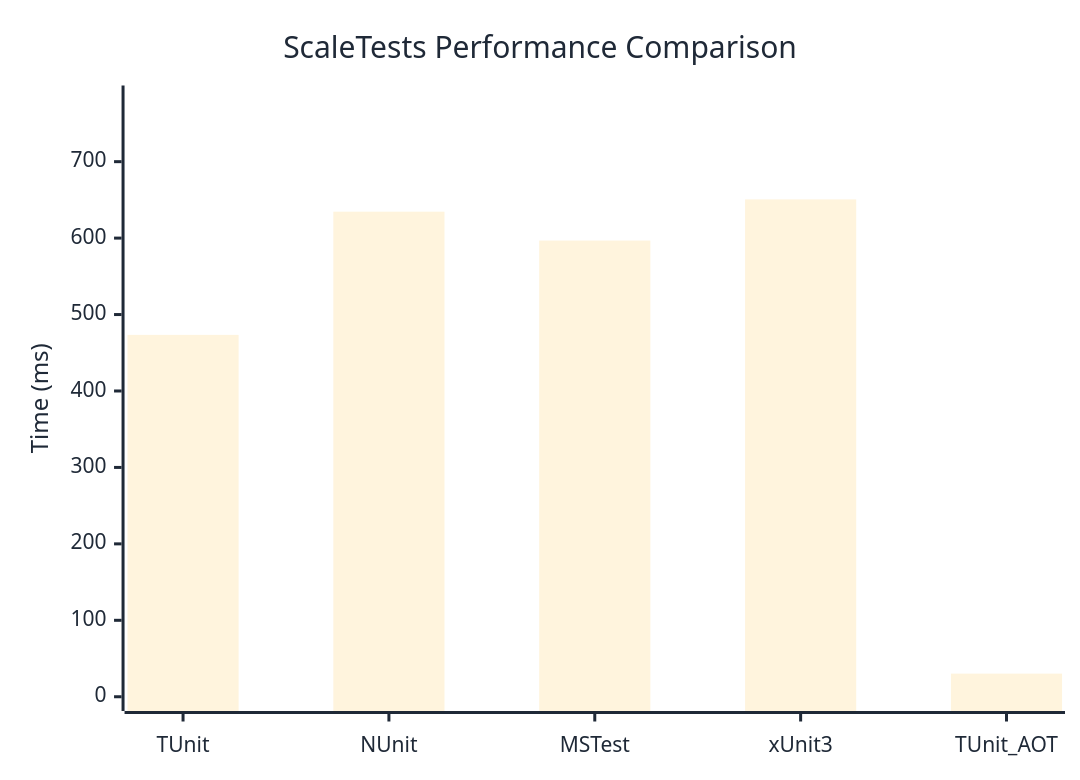
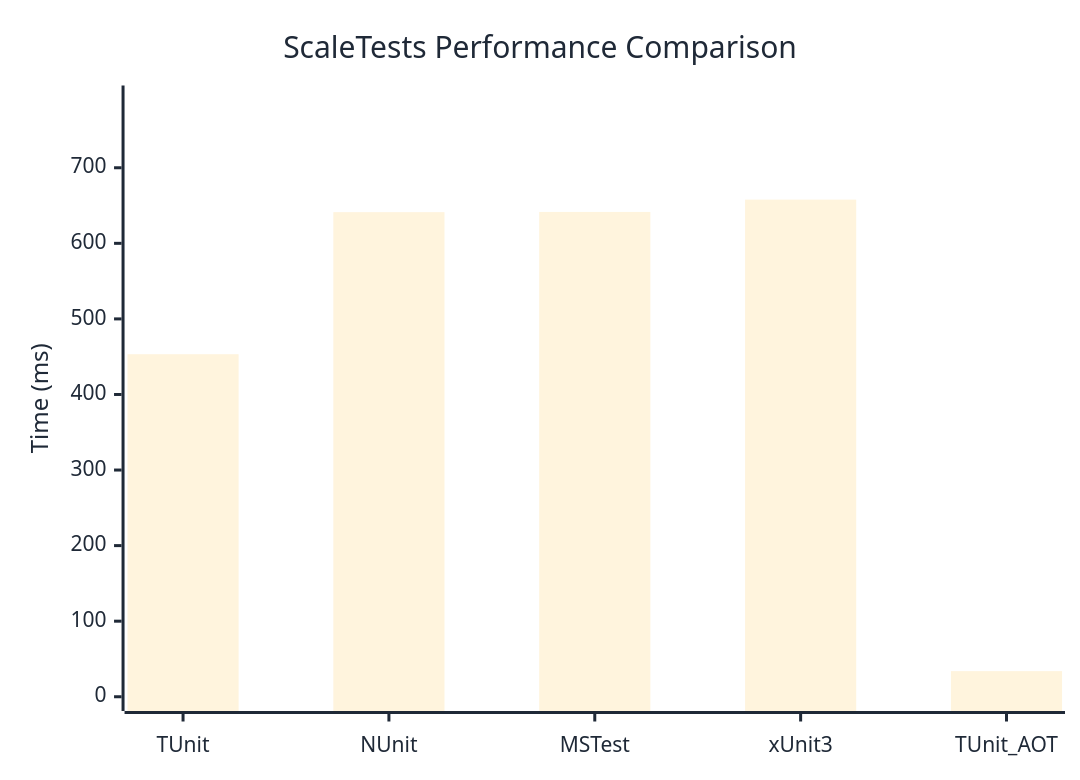
Before and after one commit to thomhurst/TUnit: the diagram in docs/docs/benchmarks/ScaleTests.md, drawn with Mermaid. The commit also changed other lines of this file and 17 other files, not shown here.

````diff
--- a/docs/docs/benchmarks/ScaleTests.md
+++ b/docs/docs/benchmarks/ScaleTests.md
@@ -27,37 +27,37 @@
 ```mermaid
 %%{init: {
   'theme':'base',
   'themeVariables': {
     'primaryColor': '#2563eb',
     'primaryTextColor': '#1f2937',
     'primaryBorderColor': '#1e40af',
     'lineColor': '#6b7280',
     'secondaryColor': '#7c3aed',
     'tertiaryColor': '#dc2626',
     'background': '#ffffff',
     'mainBkg': '#2563eb',
     'secondBkg': '#7c3aed',
     'tertiaryBkg': '#dc2626',
     'clusterBkg': '#f3f4f6',
     'edgeLabelBackground': '#ffffff',
     'tertiaryTextColor': '#1f2937',
     'pie1': '#2563eb',
     'pie2': '#7c3aed',
     'pie3': '#dc2626',
     'pie4': '#f59e0b',
     'pie5': '#10b981',
     'pie6': '#06b6d4',
     'pie7': '#ec4899',
     'pie8': '#6366f1',
     'pie9': '#84cc16',
     'pie10': '#f97316',
     'pie11': '#14b8a6',
     'pie12': '#a855f7'
   }
 }}%%
 xychart-beta
   title "ScaleTests Performance Comparison"
   x-axis ["TUnit", "NUnit", "MSTest", "xUnit3", "TUnit_AOT"]
-  y-axis "Time (ms)" 0 --> 781
-  bar [473.4, 634.56, 596.8, 650.66, 30.26]
+  y-axis "Time (ms)" 0 --> 790
+  bar [453.25, 641.24, 641.54, 657.83, 33.9]
 ```
````
